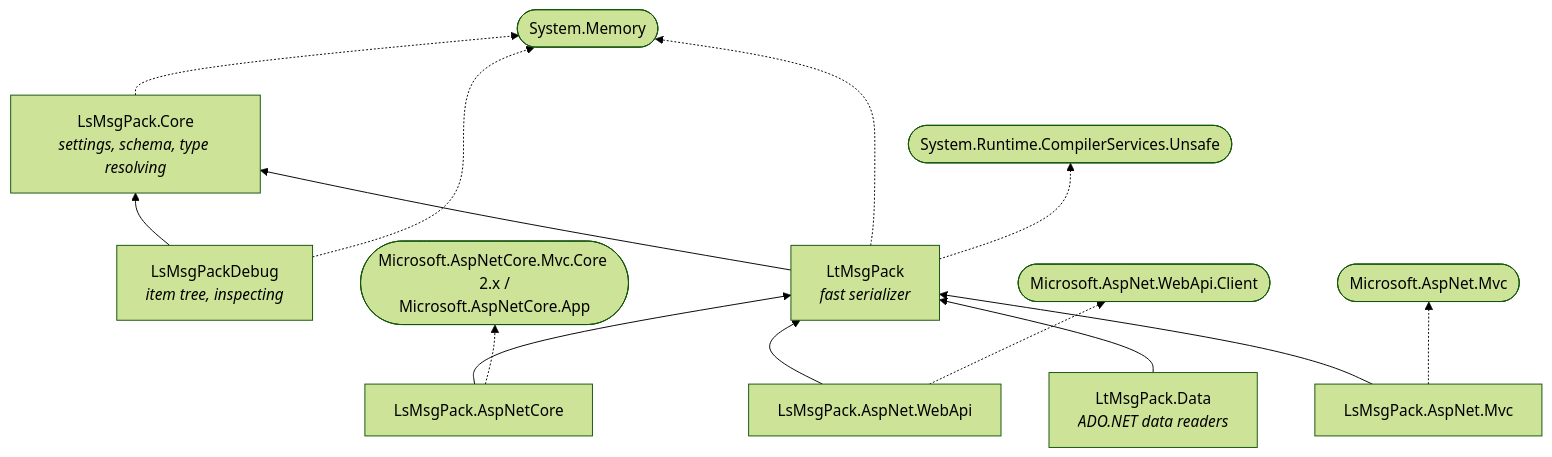
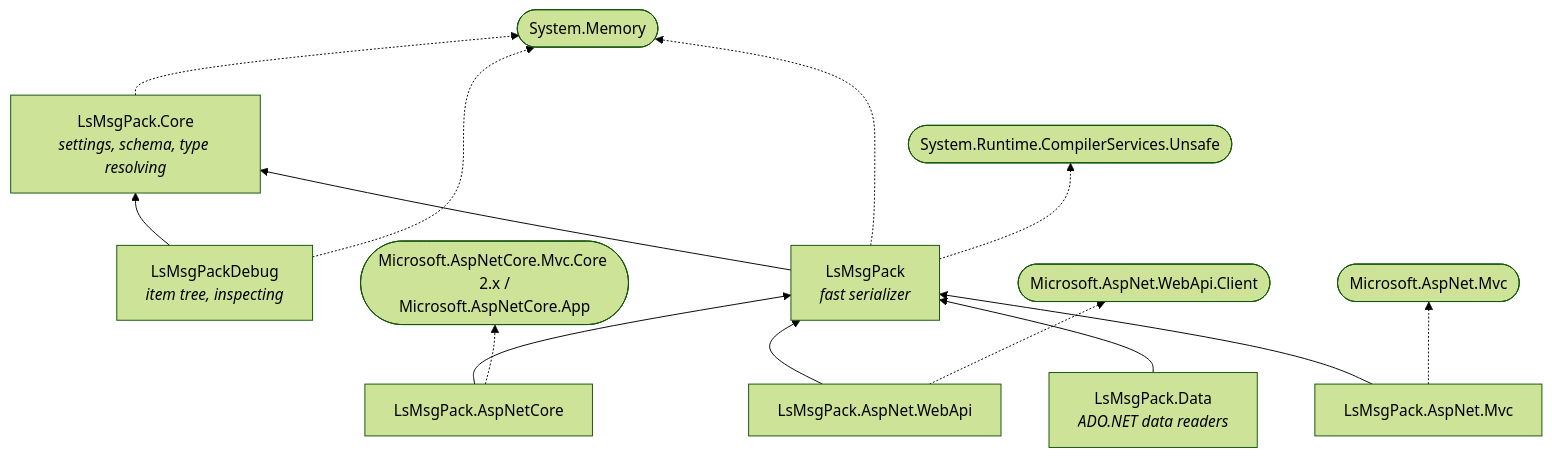
The diagram in README.md (mlsomers/LsMsgPack), drawn with Mermaid (forest theme) before and after one commit. The commit also changed other lines of this file and 459 other files, not shown here.

First line of the commit message:
Rename the fast serializer LtMsgPack to LsMsgPack

````diff
--- a/README.md
+++ b/README.md
@@ -52,29 +52,29 @@
 ```mermaid
 graph BT
   Core["LsMsgPack.Core<br/><i>settings, schema, type resolving</i>"]
-  Ls["LsMsgPackDebug<br/><i>item tree, inspecting</i>"]
-  Lt["LtMsgPack<br/><i>fast serializer</i>"]
+  Debug["LsMsgPackDebug<br/><i>item tree, inspecting</i>"]
+  Fast["LsMsgPack<br/><i>fast serializer</i>"]
   AspNetCore["LsMsgPack.AspNetCore"]
   WebApi["LsMsgPack.AspNet.WebApi"]
   Mvc["LsMsgPack.AspNet.Mvc"]
-  Data["LtMsgPack.Data<br/><i>ADO.NET data readers</i>"]
+  Data["LsMsgPack.Data<br/><i>ADO.NET data readers</i>"]
   Mem(["System.Memory"])
   Unsafe(["System.Runtime.CompilerServices.Unsafe"])
   AspNetCoreFx(["Microsoft.AspNetCore.Mvc.Core 2.x /<br/>Microsoft.AspNetCore.App"])
   WebApiClient(["Microsoft.AspNet.WebApi.Client"])
   AspNetMvc(["Microsoft.AspNet.Mvc"])
 
-  Ls --> Core
-  Lt --> Core
-  AspNetCore --> Lt
-  WebApi --> Lt
-  Mvc --> Lt
-  Data --> Lt
+  Debug --> Core
+  Fast --> Core
+  AspNetCore --> Fast
+  WebApi --> Fast
+  Mvc --> Fast
+  Data --> Fast
   Core -.-> Mem
-  Ls -.-> Mem
-  Lt -.-> Mem
-  Lt -.-> Unsafe
+  Debug -.-> Mem
+  Fast -.-> Mem
+  Fast -.-> Unsafe
   AspNetCore -.-> AspNetCoreFx
   WebApi -.-> WebApiClient
   Mvc -.-> AspNetMvc
 ```
````
